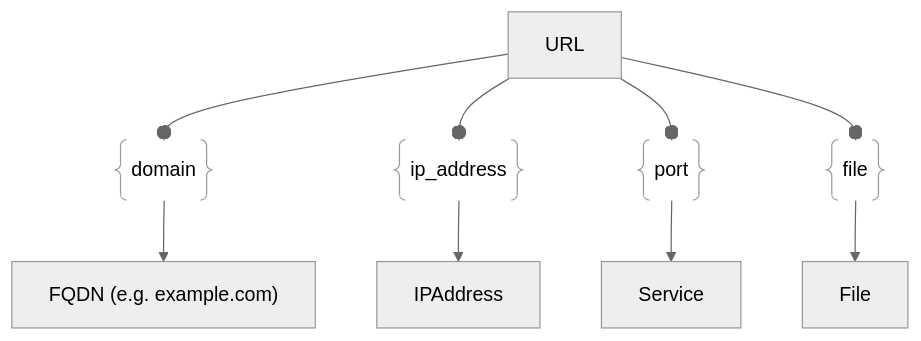
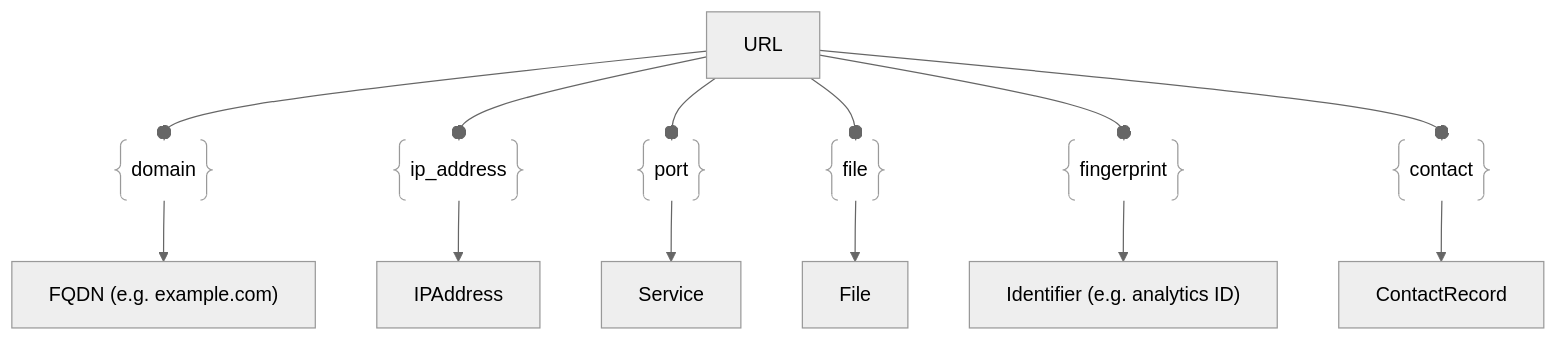
One commit to owasp-amass/docs changed the diagram in docs/open_asset_model/assets/url.md. Above: the diagram before and after it, drawn with Mermaid (neutral theme). The commit also changed other lines of this file and 105 other files, not shown here.

````diff
--- a/docs/open_asset_model/assets/url.md
+++ b/docs/open_asset_model/assets/url.md
@@ -46,23 +58,33 @@
 ```mermaid
 graph TD
 url["URL"]
 fqdn["FQDN (e.g. example.com)"]
 domain@{ shape: braces, label: "domain" }
 url --o domain
 domain --> fqdn
 
 ipaddr["IPAddress"]
 address@{ shape: braces, label: "ip_address" }
 url --o address
 address --> ipaddr
 
 service["Service"]
 port@{ shape: braces, label: "port" }
 url --o port
 port --> service
 
 file["File"]
 filerel@{ shape: braces, label: "file" }
 url --o filerel
 filerel --> file
+
+fp["Identifier (e.g. analytics ID)"]
+fpRel@{ shape: braces, label: "fingerprint" }
+url --o fpRel
+fpRel --> fp
+
+cr["ContactRecord"]
+crRel@{ shape: braces, label: "contact" }
+url --o crRel
+crRel --> cr
 ```
````
